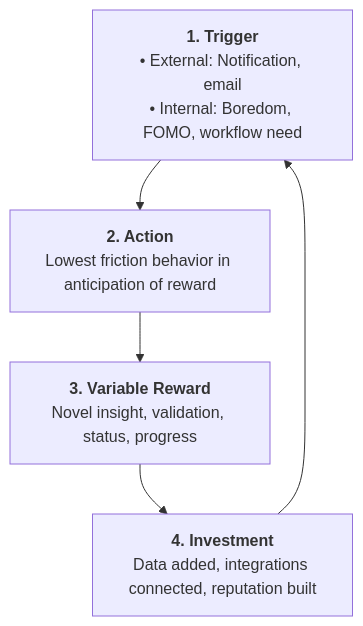
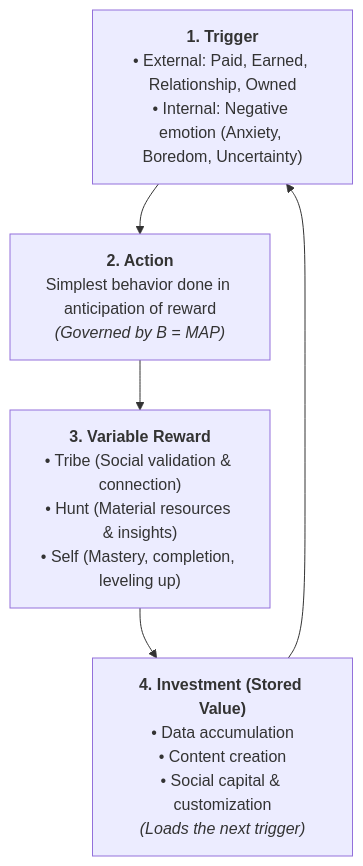
Before and after one commit to coreyone/software-maestro: the diagram in growth/behavioral-loops-retention-modeling/references/source.md, drawn with Mermaid. The commit also changed other lines of this file and 2 other files, not shown here.

````diff
--- a/growth/behavioral-loops-retention-modeling/references/source.md
+++ b/growth/behavioral-loops-retention-modeling/references/source.md
@@ -46,8 +48,8 @@
 ```mermaid
 flowchart TD
-    T["<b>1. Trigger</b><br/>• External: Notification, email<br/>• Internal: Boredom, FOMO, workflow need"]
-    --> A["<b>2. Action</b><br/>Lowest friction behavior in anticipation of reward"]
-    --> R["<b>3. Variable Reward</b><br/>Novel insight, validation, status, progress"]
-    --> I["<b>4. Investment</b><br/>Data added, integrations connected, reputation built"]
+    T["<b>1. Trigger</b><br/>• External: Paid, Earned, Relationship, Owned<br/>• Internal: Negative emotion (Anxiety, Boredom, Uncertainty)"]
+    --> A["<b>2. Action</b><br/>Simplest behavior done in anticipation of reward<br/><i>(Governed by B = MAP)</i>"]
+    --> R["<b>3. Variable Reward</b><br/>• Tribe (Social validation & connection)<br/>• Hunt (Material resources & insights)<br/>• Self (Mastery, completion, leveling up)"]
+    --> I["<b>4. Investment (Stored Value)</b><br/>• Data accumulation<br/>• Content creation<br/>• Social capital & customization<br/><i>(Loads the next trigger)</i>"]
     --> T
 ```
````
